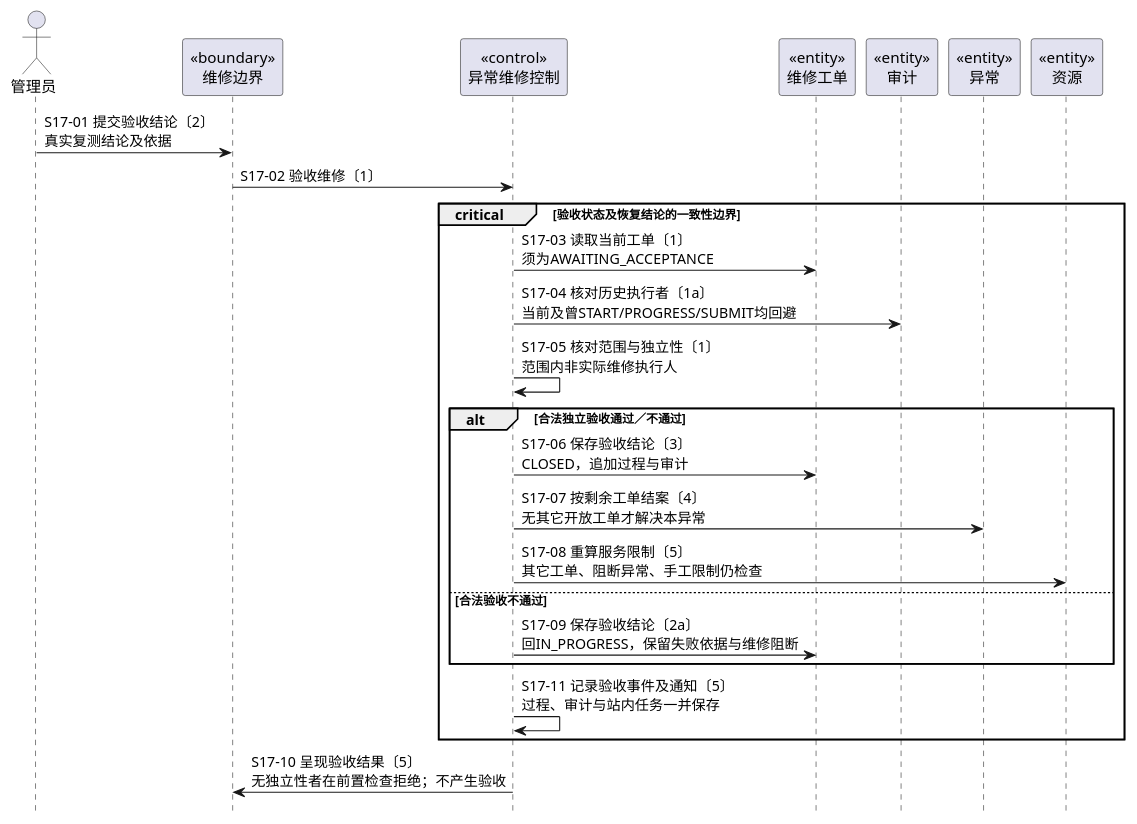
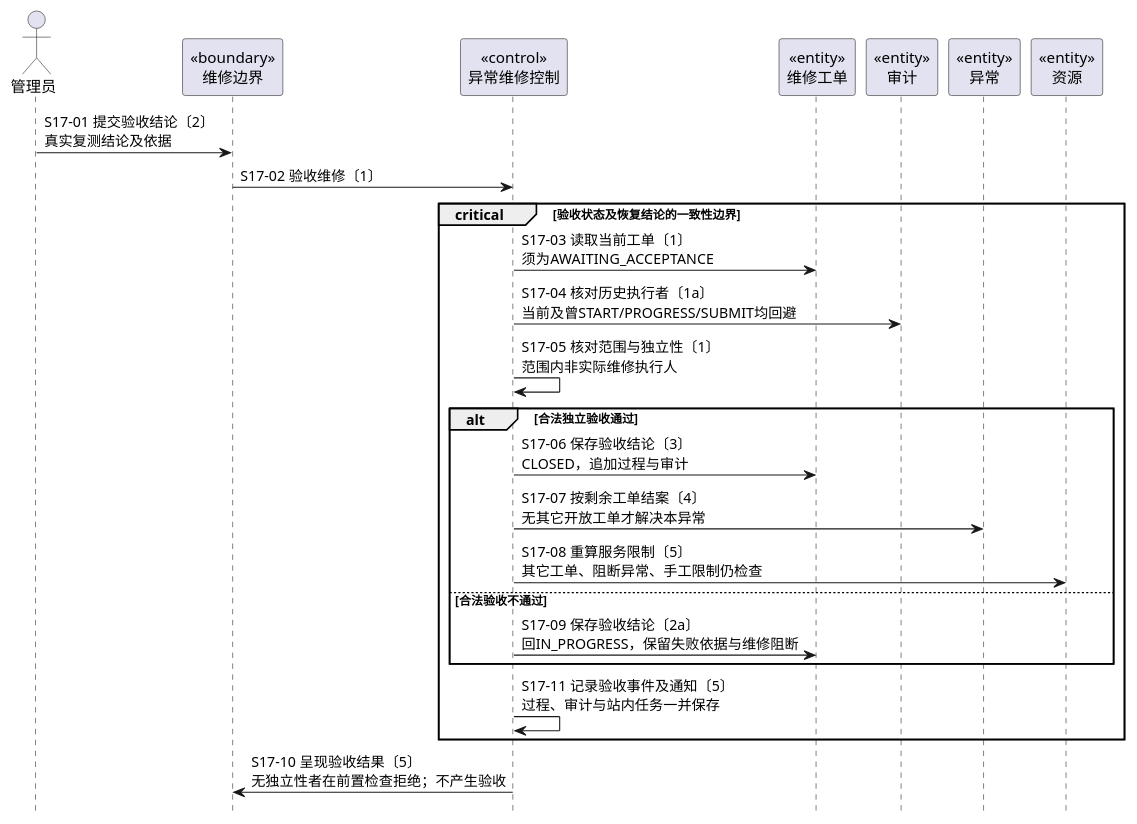
Before and after one commit to yvming67-gif/campus-lab-equipment-manager: the diagram in models/图形源文件/图5-7-维修验收内部协作序列图.puml, drawn with PlantUML. The commit also changed 38 other files, not shown here.

```diff
--- a/models/图形源文件/图5-7-维修验收内部协作序列图.puml
+++ b/models/图形源文件/图5-7-维修验收内部协作序列图.puml
@@ -1,27 +1,27 @@
 @startuml
 skinparam defaultFontName Microsoft YaHei
 hide footbox
 actor "管理员" as L0
 participant "«boundary»\n维修边界" as L1
 participant "«control»\n异常维修控制" as L2
 participant "«entity»\n维修工单" as L3
 participant "«entity»\n审计" as L4
 participant "«entity»\n异常" as L5
 participant "«entity»\n资源" as L6
 L0 -> L1: S17-01 提交验收结论〔2〕\n真实复测结论及依据
 L1 -> L2: S17-02 验收维修〔1〕
 critical 验收状态及恢复结论的一致性边界
 L2 -> L3: S17-03 读取当前工单〔1〕\n须为AWAITING_ACCEPTANCE
 L2 -> L4: S17-04 核对历史执行者〔1a〕\n当前及曾START/PROGRESS/SUBMIT均回避
 L2 -> L2: S17-05 核对范围与独立性〔1〕\n范围内非实际维修执行人
-alt 合法独立验收通过／不通过
+alt 合法独立验收通过
 L2 -> L3: S17-06 保存验收结论〔3〕\nCLOSED，追加过程与审计
 L2 -> L5: S17-07 按剩余工单结案〔4〕\n无其它开放工单才解决本异常
 L2 -> L6: S17-08 重算服务限制〔5〕\n其它工单、阻断异常、手工限制仍检查
 else 合法验收不通过
 L2 -> L3: S17-09 保存验收结论〔2a〕\n回IN_PROGRESS，保留失败依据与维修阻断
 end
 L2 -> L2: S17-11 记录验收事件及通知〔5〕\n过程、审计与站内任务一并保存
 end
 L2 -> L1: S17-10 呈现验收结果〔5〕\n无独立性者在前置检查拒绝；不产生验收
 @enduml
```
